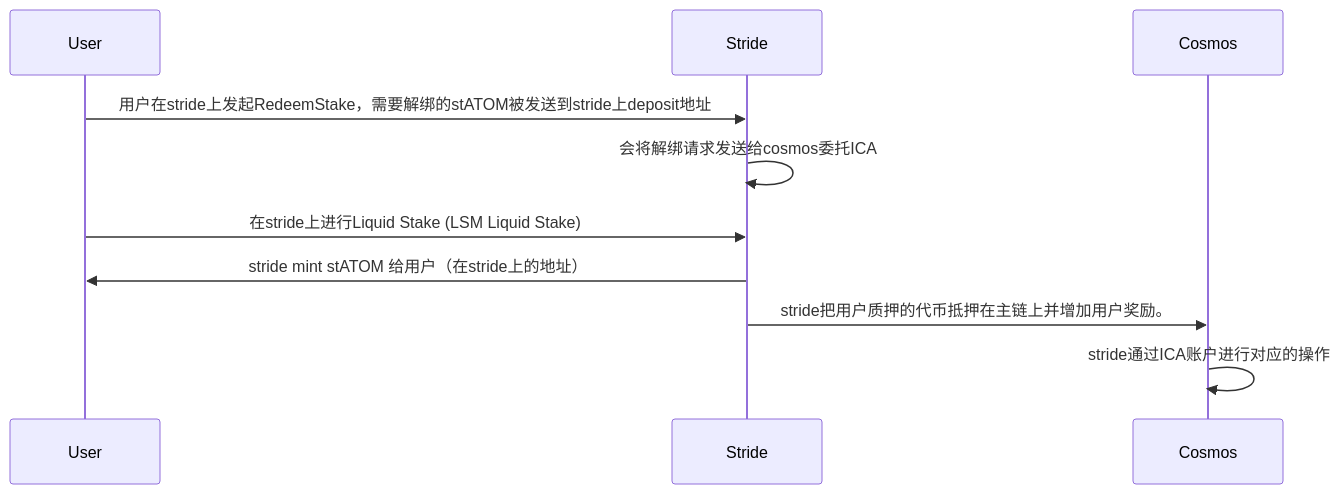
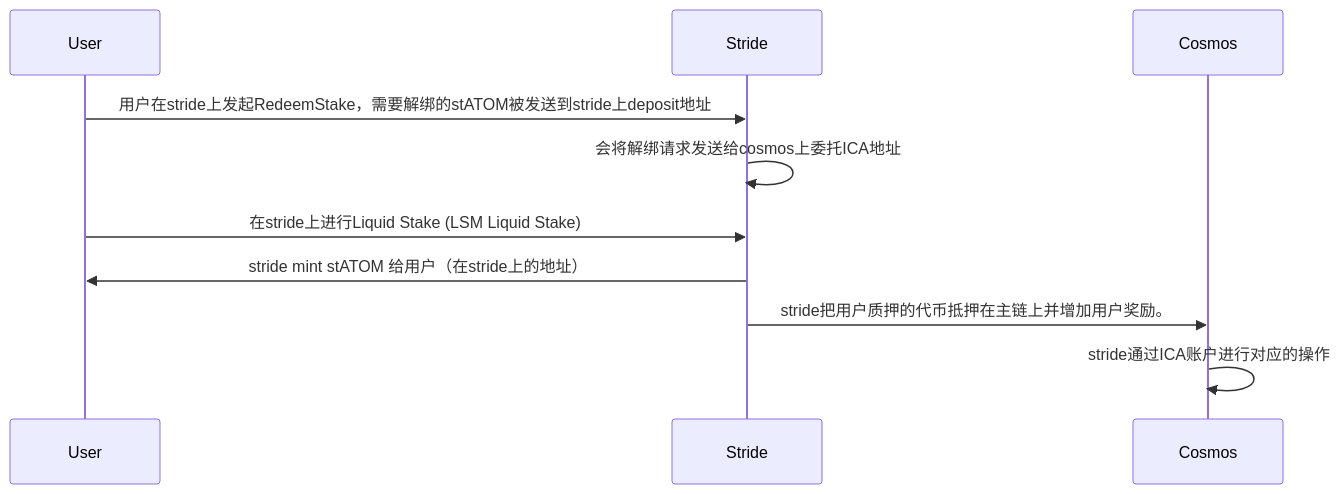
Before and after one commit to yingjianzh/iodraw-files: the diagram in all/unbonding.md, drawn with Mermaid.

Commit message:
2024-03-28 15:02:55 update

````diff
--- a/all/unbonding.md
+++ b/all/unbonding.md
@@ -1,9 +1,9 @@
 ```mermaid
 sequenceDiagram
     User->>Stride: 用户在stride上发起RedeemStake，需要解绑的stATOM被发送到stride上deposit地址
-    Stride->>Stride: 会将解绑请求发送给cosmos委托ICA
+    Stride->>Stride: 会将解绑请求发送给cosmos上委托ICA地址
     User->>Stride: 在stride上进行Liquid Stake (LSM Liquid Stake)
     Stride->>User: stride mint stATOM 给用户（在stride上的地址）
     Stride->>Cosmos: stride把用户质押的代币抵押在主链上并增加用户奖励。
     Cosmos->>Cosmos: stride通过ICA账户进行对应的操作
 ```
````
